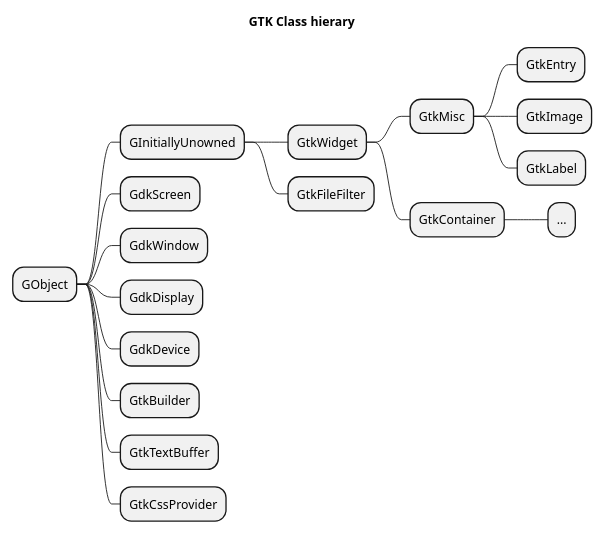
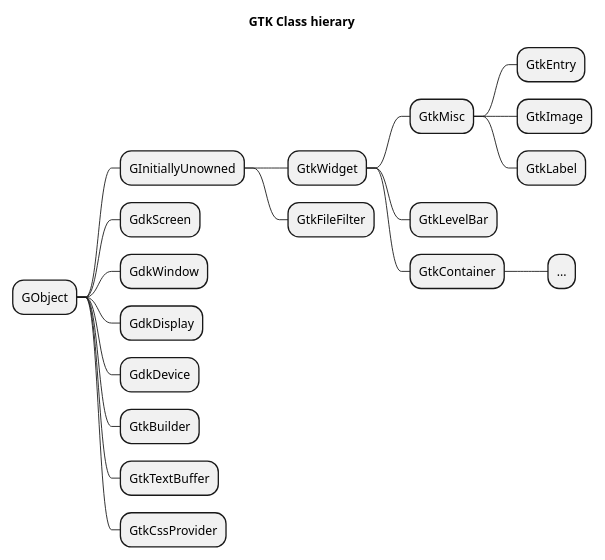
One commit to MARTIMM/gtk-v3 changed the first of 5 diagrams in doc/Design-docs/Design.md. Above: the diagram before and after it, drawn with PlantUML.

Commit message:
design add

````diff
--- a/doc/Design-docs/Design.md
+++ b/doc/Design-docs/Design.md
@@ -42,27 +42,28 @@
 ```plantuml
 @startmindmap
 scale 0.7
 
 title GTK Class hierary
 * GObject
  * GInitiallyUnowned
   * GtkWidget
    * GtkMisc
     * GtkEntry
     * GtkImage
     * GtkLabel
+   * GtkLevelBar
    * GtkContainer
     * ...
 
   * GtkFileFilter
 
  * GdkScreen
  * GdkWindow
  * GdkDisplay
  * GdkDevice
 
  * GtkBuilder
  * GtkTextBuffer
  * GtkCssProvider
 @endmindmap
 ```
````
